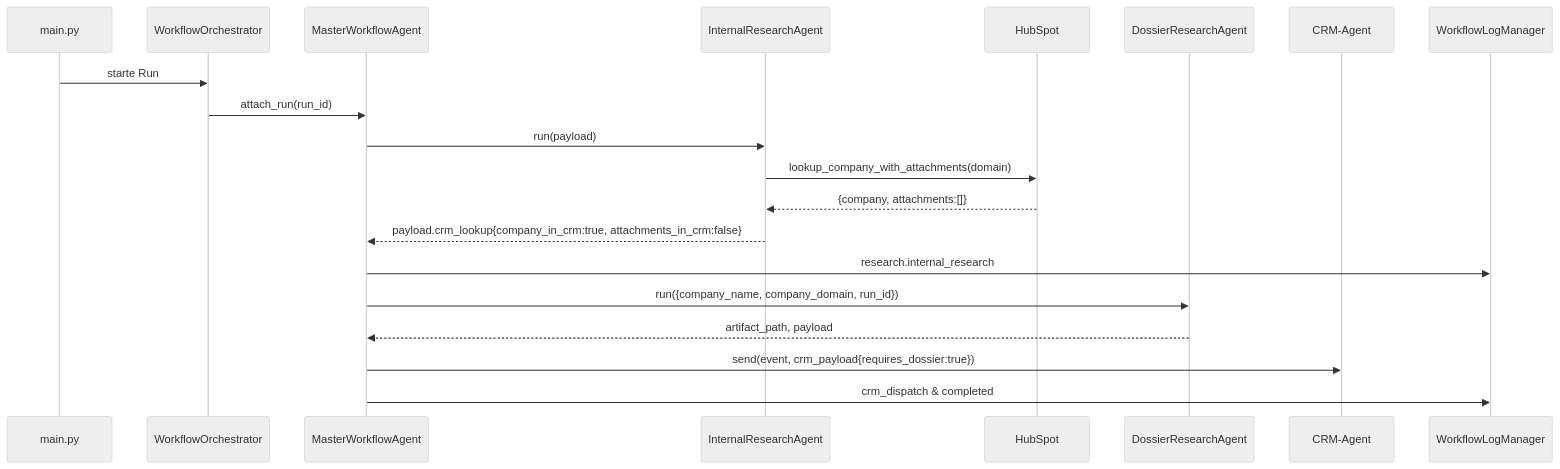
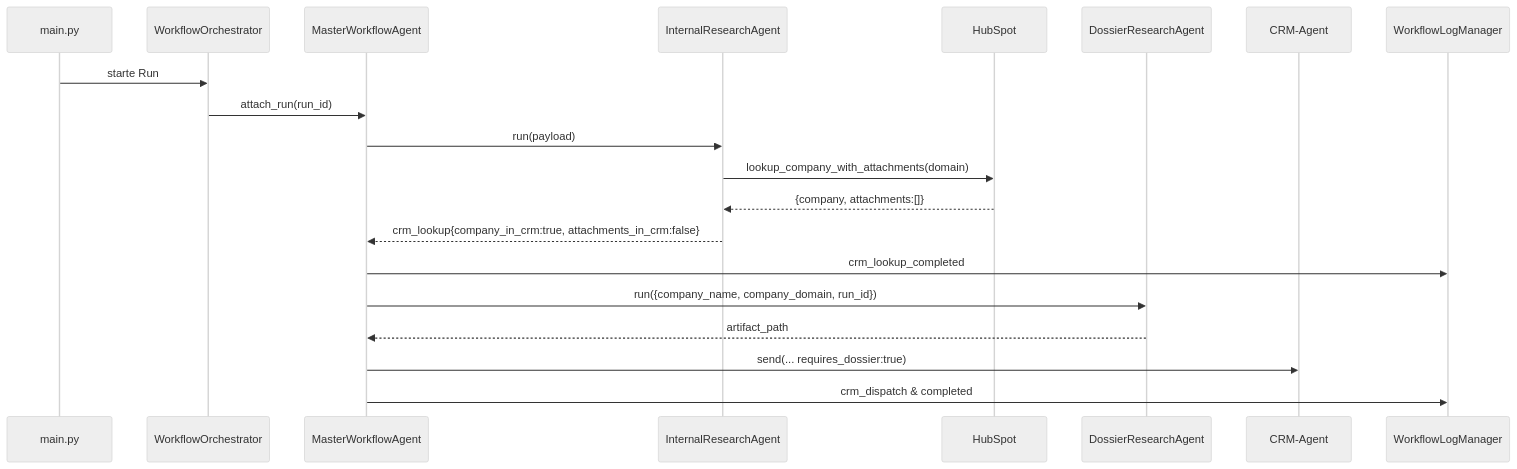
One commit to KonstantinData/Lead-Market-Insights changed the first of 8 diagrams in docs/hubspot_dossier_audit.md. Above: the diagram before and after it, drawn with Mermaid (neutral theme). The commit also changed other lines of this file, not shown here.

Commit message:
Refine HubSpot dossier audit to match spec

````diff
--- a/docs/hubspot_dossier_audit.md
+++ b/docs/hubspot_dossier_audit.md
@@ -42,23 +44,23 @@
 ```mermaid
 sequenceDiagram
     participant Main as main.py
     participant Orchestrator as WorkflowOrchestrator
     participant Master as MasterWorkflowAgent
     participant Internal as InternalResearchAgent
     participant HubSpot
     participant Dossier as DossierResearchAgent
     participant CRM as CRM-Agent
     participant Logs as WorkflowLogManager
 
     Main->>Orchestrator: starte Run
     Orchestrator->>Master: attach_run(run_id)
     Master->>Internal: run(payload)
     Internal->>HubSpot: lookup_company_with_attachments(domain)
     HubSpot-->>Internal: {company, attachments:[]}
-    Internal-->>Master: payload.crm_lookup{company_in_crm:true, attachments_in_crm:false}
-    Master->>Logs: research.internal_research
+    Internal-->>Master: crm_lookup{company_in_crm:true, attachments_in_crm:false}
+    Master->>Logs: crm_lookup_completed
     Master->>Dossier: run({company_name, company_domain, run_id})
-    Dossier-->>Master: artifact_path, payload
-    Master->>CRM: send(event, crm_payload{requires_dossier:true})
+    Dossier-->>Master: artifact_path
+    Master->>CRM: send(... requires_dossier:true)
     Master->>Logs: crm_dispatch & completed
 ```
````
